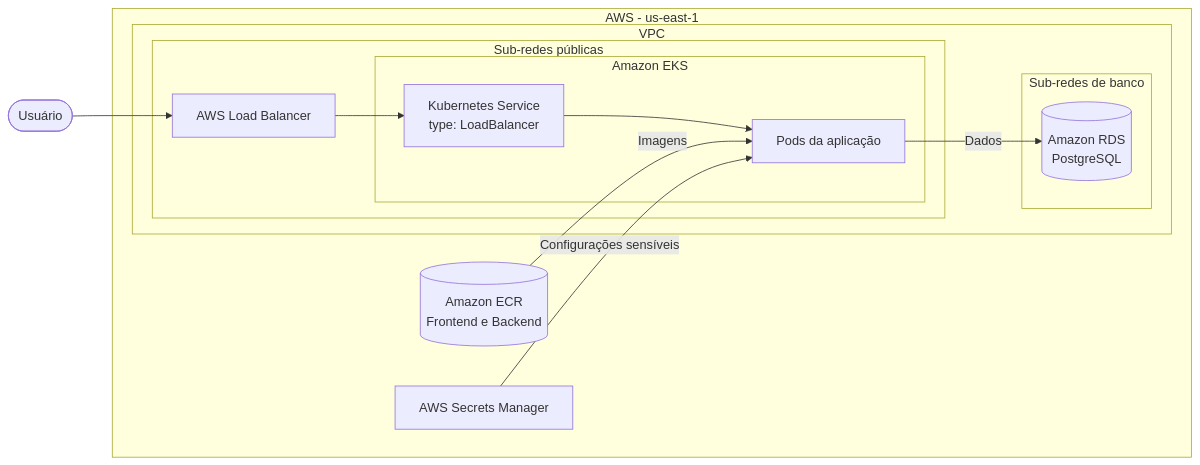
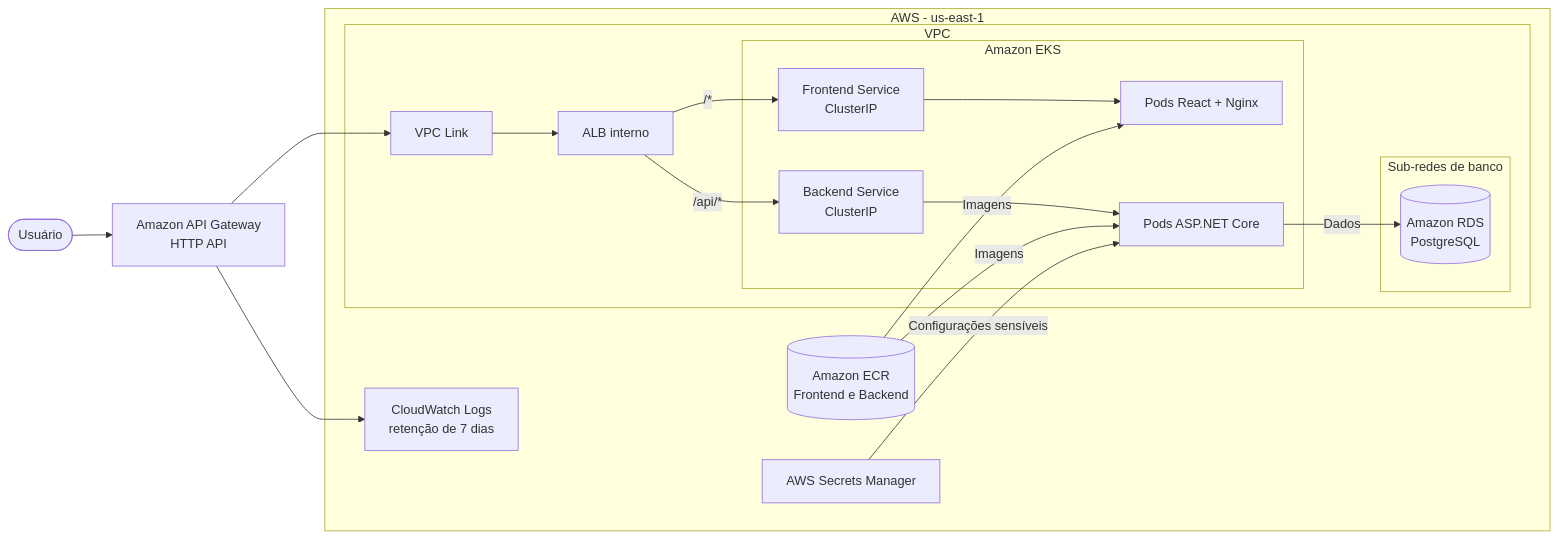
Before and after one commit to Maieru/fiap-tech-challenge: the first of 3 diagrams in docs/ARQUITETURA.md, drawn with Mermaid. The commit also changed other lines of this file and 7 other files, not shown here.

Commit message:
Adição inicial de API Gateway + recursos necessários para seu funcionamento

````diff
--- a/docs/ARQUITETURA.md
+++ b/docs/ARQUITETURA.md
@@ -7,29 +7,32 @@
 ```mermaid
 flowchart LR
-    User([Usuário]) --> LB["AWS Load Balancer"]
+    User([Usuário]) --> Gateway["Amazon API Gateway<br/>HTTP API"]
 
     subgraph AWS["AWS - us-east-1"]
         ECR[(Amazon ECR<br/>Frontend e Backend)]
         Secrets[AWS Secrets Manager]
+        Logs[CloudWatch Logs<br/>retenção de 7 dias]
 
         subgraph VPC["VPC"]
-            subgraph Public["Sub-redes públicas"]
-                LB
-                subgraph EKS["Amazon EKS"]
-                    FrontService["Kubernetes Service<br/>type: LoadBalancer"]
-                    Workloads[Pods da aplicação]
-                    FrontService --> Workloads
-                end
+            Link["VPC Link"] --> ALB["ALB interno"]
+
+            subgraph EKS["Amazon EKS"]
+                FrontService["Frontend Service<br/>ClusterIP"] --> FrontPods["Pods React + Nginx"]
+                BackService["Backend Service<br/>ClusterIP"] --> BackPods["Pods ASP.NET Core"]
             end
 
             subgraph Database["Sub-redes de banco"]
                 RDS[(Amazon RDS<br/>PostgreSQL)]
             end
         end
     end
 
-    LB --> FrontService
-    ECR -->|Imagens| Workloads
-    Secrets -->|Configurações sensíveis| Workloads
-    Workloads -->|Dados| RDS
+    Gateway --> Logs
+    Gateway --> Link
+    ALB -->|"/*"| FrontService
+    ALB -->|"/api/*"| BackService
+    ECR -->|Imagens| FrontPods
+    ECR -->|Imagens| BackPods
+    Secrets -->|Configurações sensíveis| BackPods
+    BackPods -->|Dados| RDS
 ```
````
